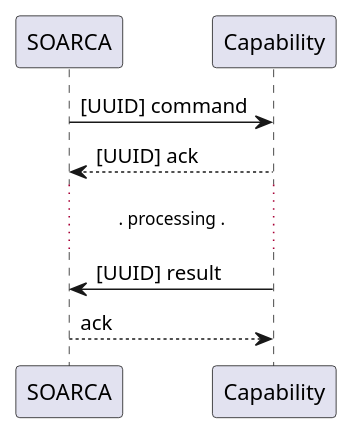
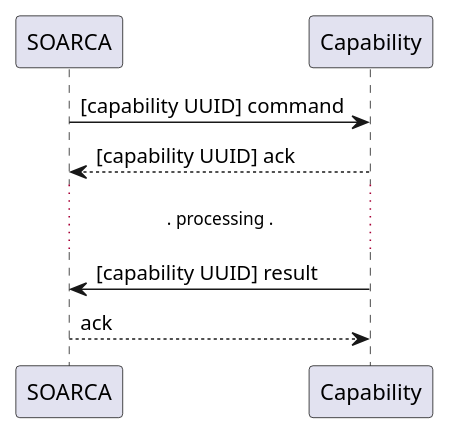
One commit to COSSAS/SOARCA changed diagram 17 of 19 in documentation/content/en/docs/soarca-extentions/fin-protocol.md. Above: the diagram before and after it, drawn with PlantUML. The commit also changed other lines of this file, not shown here.

Commit message:
Moved fin protocol from doc to documentation

````diff
--- a/documentation/content/en/docs/soarca-extentions/fin-protocol.md
+++ b/documentation/content/en/docs/soarca-extentions/fin-protocol.md
@@ -515,16 +512,16 @@
 ```plantuml
 @startuml
 
 participant "SOARCA" as soarca
 participant Capability as fin
 
-soarca -> fin : [UUID] command
-soarca <-- fin : [UUID] ack 
+soarca -> fin : [capability UUID] command
+soarca <-- fin : [capability UUID] ack 
 
 .... processing .... 
 
-soarca <- fin : [UUID] result
+soarca <- fin : [capability UUID] result
 soarca --> fin: ack
 
 @enduml
 ```
````
